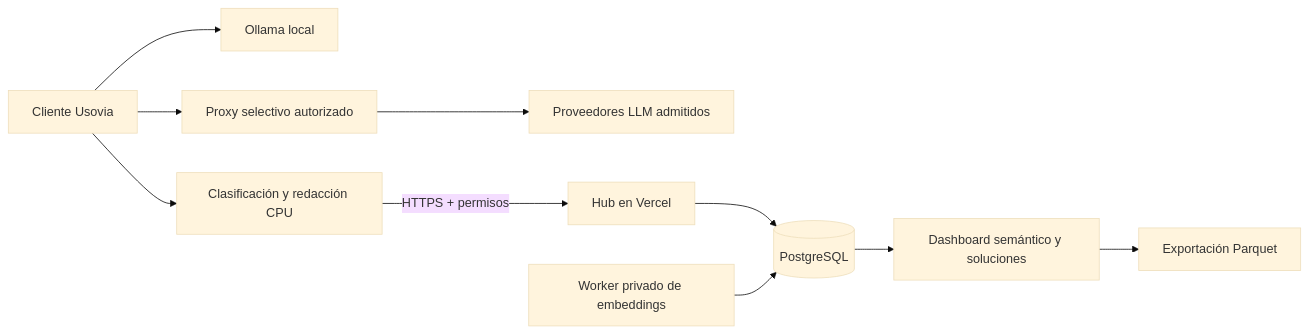
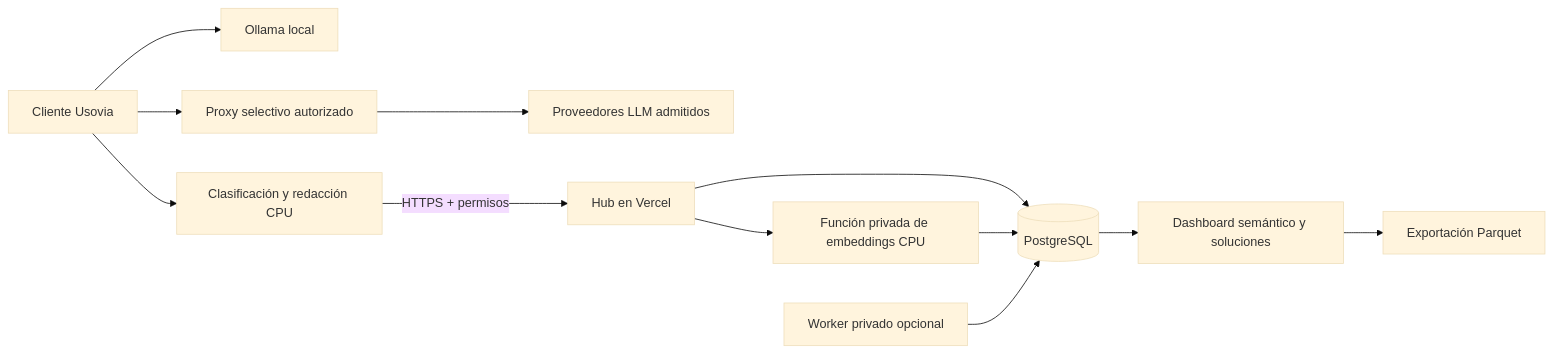
The diagram in README.md (vtomasv/usovia), drawn with Mermaid (base theme) before and after one commit. The commit also changed other lines of this file and 18 other files, not shown here.

````diff
--- a/README.md
+++ b/README.md
@@ -33,12 +33,14 @@
 ```mermaid
 flowchart LR
   Client[Cliente Usovia] --> Engine[Ollama local]
   Client --> Proxy[Proxy selectivo autorizado]
   Proxy --> Providers[Proveedores LLM admitidos]
   Client --> Rules[Clasificación y redacción CPU]
   Rules -->|HTTPS + permisos| Hub[Hub en Vercel]
   Hub --> DB[(PostgreSQL)]
-  Worker[Worker privado de embeddings] --> DB
+  Hub --> Compute[Función privada de embeddings CPU]
+  Compute --> DB
+  Worker[Worker privado opcional] --> DB
   DB --> Console[Dashboard semántico y soluciones]
   Console --> Parquet[Exportación Parquet]
 ```
````
